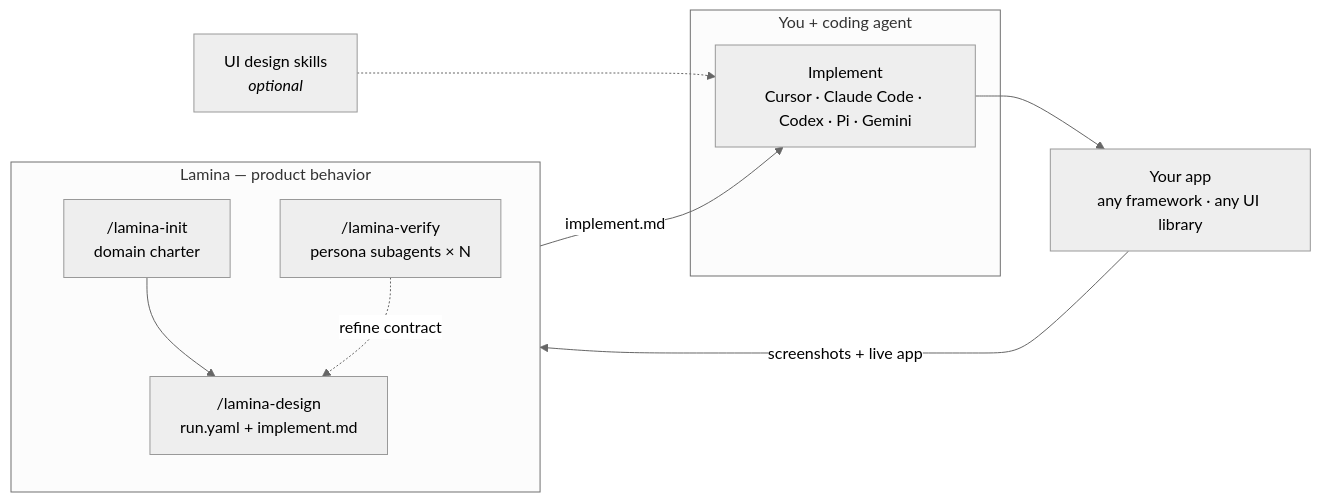
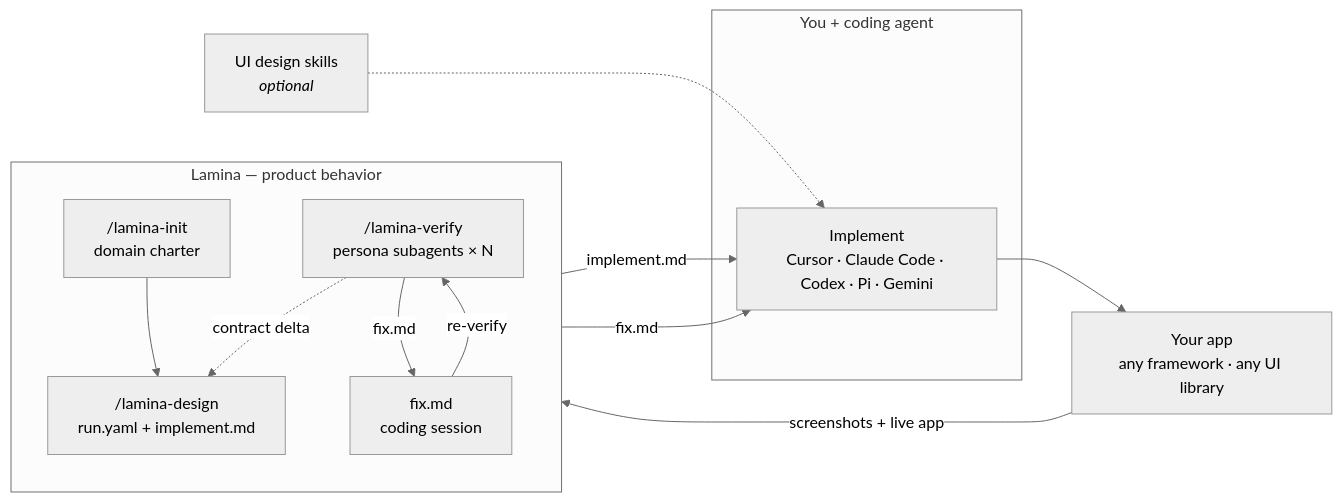
Before and after one commit to aryaniyaps/lamina: the diagram in README.md, drawn with Mermaid (neutral theme). The commit also changed other lines of this file and 39 other files, not shown here.

````diff
--- a/README.md
+++ b/README.md
@@ -43,23 +43,27 @@
 ```mermaid
 flowchart LR
   subgraph lamina["Lamina — product behavior"]
     direction TB
     INIT["/lamina-init<br/>domain charter"]
     DESIGN["/lamina-design<br/>run.yaml + implement.md"]
     VERIFY["/lamina-verify<br/>persona subagents × N"]
+    FIX["fix.md<br/>coding session"]
     INIT --> DESIGN
-    VERIFY -.->|"refine contract"| DESIGN
+    VERIFY -->|"fix.md"| FIX
+    FIX -->|"re-verify"| VERIFY
+    VERIFY -.->|"contract delta"| DESIGN
   end
 
   subgraph build["You + coding agent"]
     IMPL["Implement<br/>Cursor · Claude Code · Codex · Pi · Gemini"]
   end
 
   APP["Your app<br/>any framework · any UI library"]
 
   UI["UI design skills<br/><i>optional</i>"] -.-> IMPL
 
   DESIGN -->|"implement.md"| IMPL
   IMPL --> APP
   APP -->|"screenshots + live app"| VERIFY
+  VERIFY -->|"fix.md"| IMPL
 ```
````
